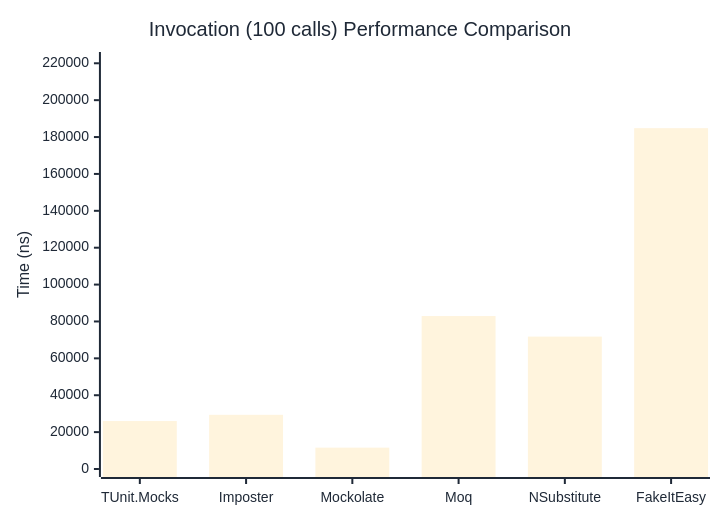
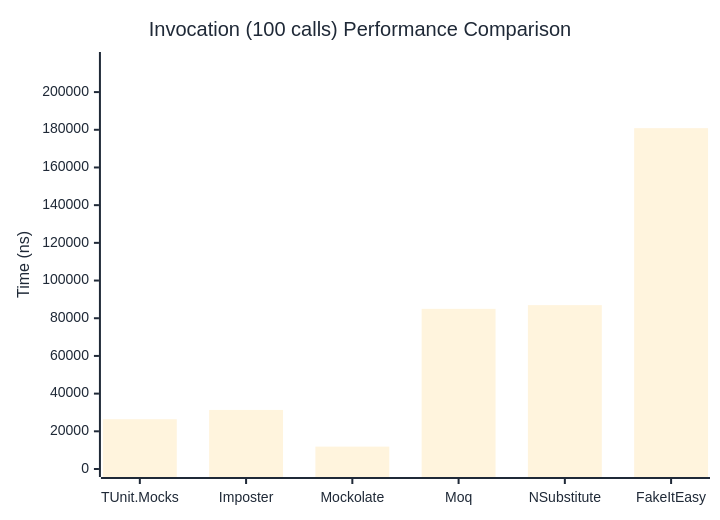
Before and after one commit to weiyilai/TUnit: the third of 3 diagrams in docs/docs/benchmarks/mocks/Invocation.md, drawn with Mermaid. The commit also changed other lines of this file and 14 other files, not shown here.

````diff
--- a/docs/docs/benchmarks/mocks/Invocation.md
+++ b/docs/docs/benchmarks/mocks/Invocation.md
@@ -110,27 +110,27 @@
 ```mermaid
 %%{init: {
   'theme':'base',
   'themeVariables': {
     'primaryColor': '#2563eb',
     'primaryTextColor': '#1f2937',
     'primaryBorderColor': '#1e40af',
     'lineColor': '#6b7280',
     'secondaryColor': '#7c3aed',
     'tertiaryColor': '#dc2626',
     'background': '#ffffff',
     'pie1': '#2563eb',
     'pie2': '#7c3aed',
     'pie3': '#dc2626',
     'pie4': '#f59e0b',
     'pie5': '#10b981',
     'pie6': '#06b6d4',
     'pie7': '#ec4899',
     'pie8': '#6366f1'
   }
 }}%%
 xychart-beta
   title "Invocation (100 calls) Performance Comparison"
   x-axis ["TUnit.Mocks", "Imposter", "Mockolate", "Moq", "NSubstitute", "FakeItEasy"]
-  y-axis "Time (ns)" 0 --> 221779
-  bar [26008.5, 29371.5, 11587, 82933.5, 71795.2, 184815.4]
+  y-axis "Time (ns)" 0 --> 217027
+  bar [26421, 31338.6, 11872.1, 84982.1, 86959.4, 180855.7]
 ```
````
